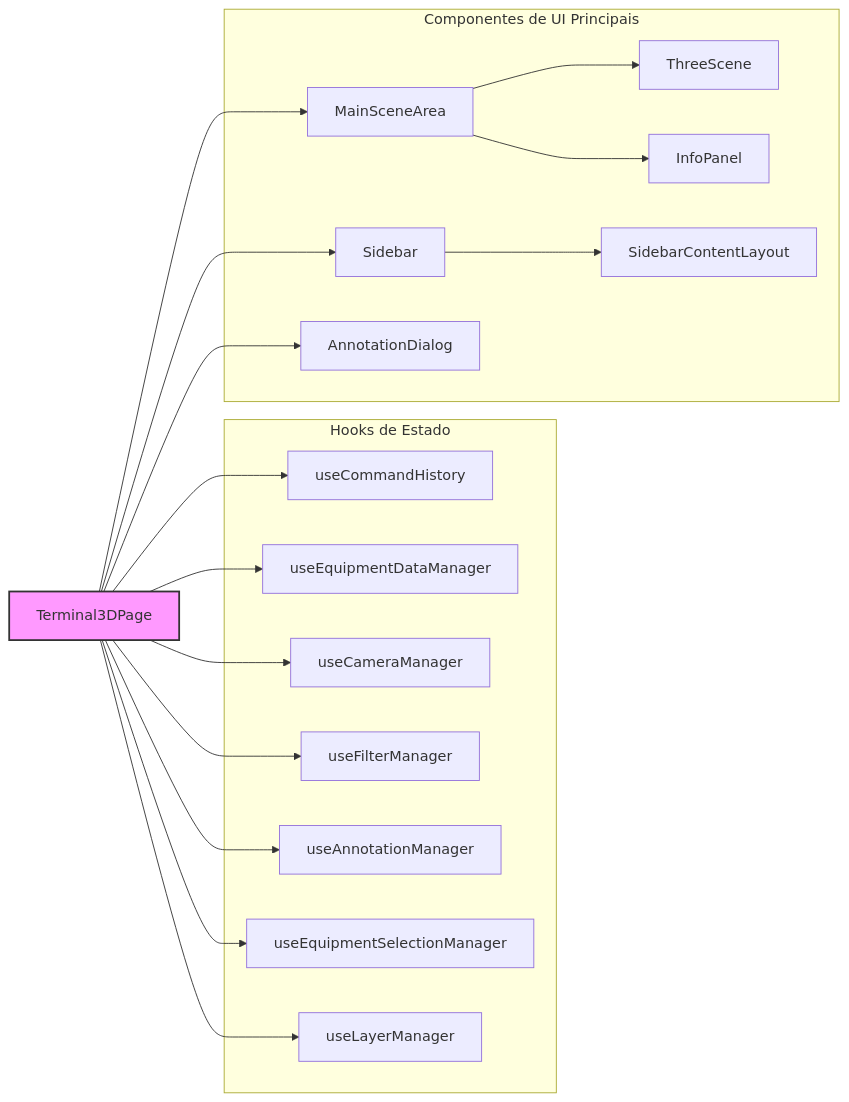
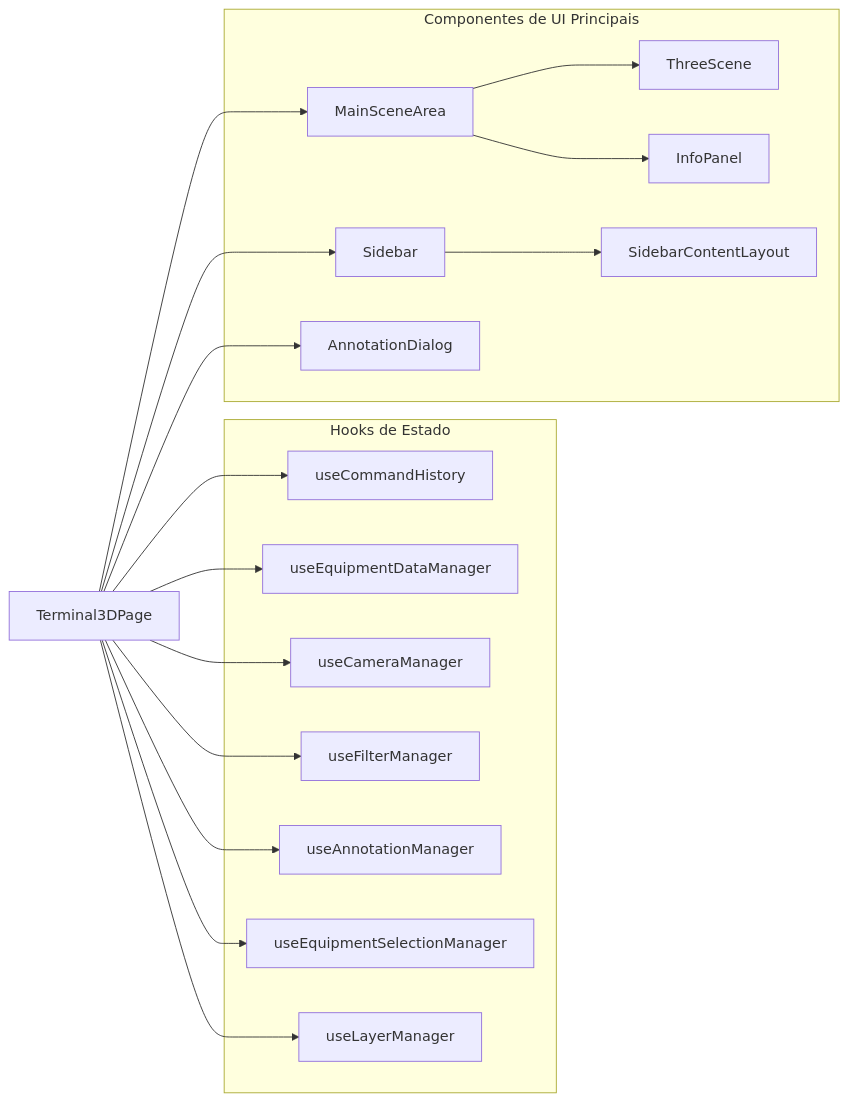
Before and after one commit to Dicommunitas/ThreeJS_Terminal_3D: the first of 29 diagrams in documentation/api.md, drawn with Mermaid. The commit also changed 1 other file, not shown here.

Commit message:
Atualizando diagramas da documentação

````diff
--- a/documentation/api.md
+++ b/documentation/api.md
@@ -319,39 +319,38 @@
 ```mermaid
   graph LR
     Terminal3DPage["Terminal3DPage"] --> H_CmdHistory["useCommandHistory"];
     Terminal3DPage --> H_EquipData["useEquipmentDataManager"];
     Terminal3DPage --> H_CameraMgr["useCameraManager"];
     Terminal3DPage --> H_FilterMgr["useFilterManager"];
     Terminal3DPage --> H_AnnotMgr["useAnnotationManager"];
     Terminal3DPage --> H_EquipSelectMgr["useEquipmentSelectionManager"];
     Terminal3DPage --> H_LayerMgr["useLayerManager"];
 
     Terminal3DPage --> MainSceneArea_Comp["MainSceneArea"];
     Terminal3DPage --> Sidebar_Comp["Sidebar"];
     Terminal3DPage --> AnnotationDialog_Comp["AnnotationDialog"];
 
     MainSceneArea_Comp --> ThreeScene_Comp["ThreeScene"];
     MainSceneArea_Comp --> InfoPanel_Comp["InfoPanel"];
     Sidebar_Comp --> SidebarContentLayout_Comp["SidebarContentLayout"];
 
     subgraph "Hooks de Estado"
       H_CmdHistory;
       H_EquipData;
       H_CameraMgr;
       H_FilterMgr;
       H_AnnotMgr;
       H_EquipSelectMgr;
       H_LayerMgr;
     end
 
     subgraph "Componentes de UI Principais"
       MainSceneArea_Comp;
       Sidebar_Comp;
       AnnotationDialog_Comp;
       InfoPanel_Comp;
       ThreeScene_Comp;
       SidebarContentLayout_Comp;
     end
 
-    style Terminal3DPage fill:#f9f,stroke:#333,stroke-width:2px
 ```
````
